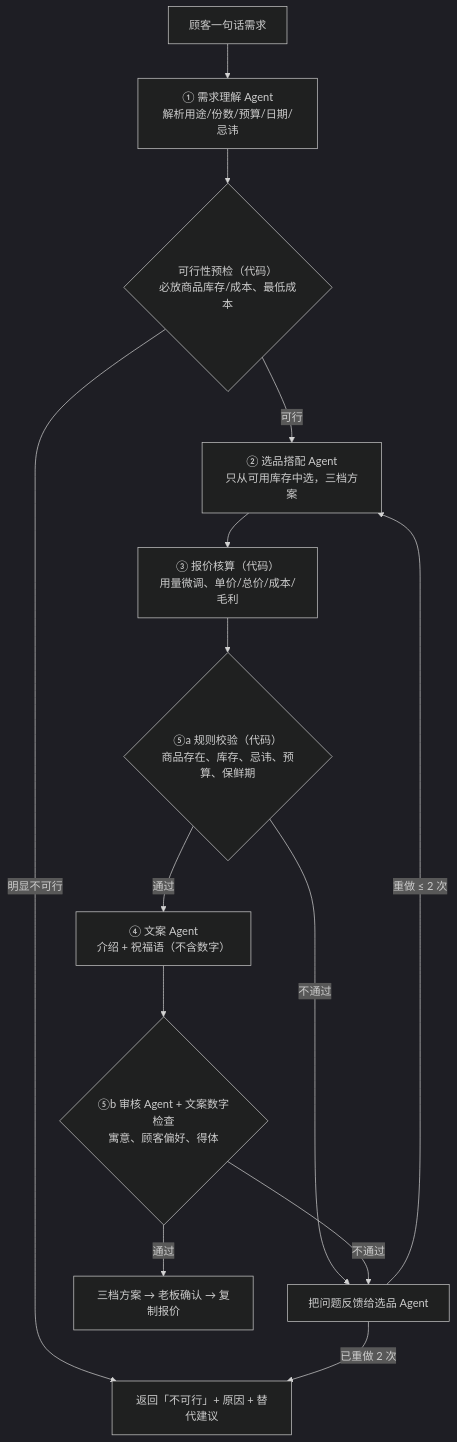
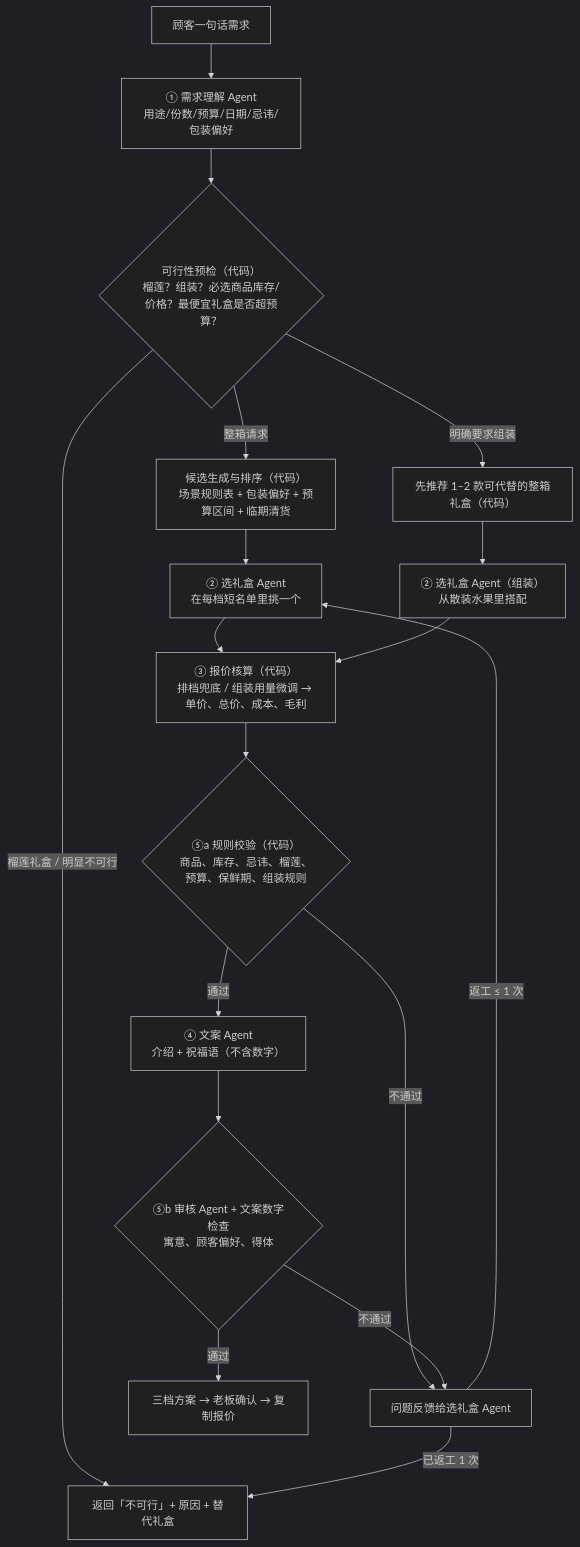
One commit to vianoo116/fruit-gift-quote changed the diagram in README.md. Above: the diagram before and after it, drawn with Mermaid (dark theme). The commit also changed other lines of this file and 23 other files, not shown here.

````diff
--- a/README.md
+++ b/README.md
@@ -33,16 +38,20 @@
 ```mermaid
 flowchart TD
-    A[顾客一句话需求] --> B["① 需求理解 Agent<br/>解析用途/份数/预算/日期/忌讳"]
-    B --> C{"可行性预检（代码）<br/>必放商品库存/成本、最低成本"}
-    C -- 明显不可行 --> X[返回「不可行」+ 原因 + 替代建议]
-    C -- 可行 --> D["② 选品搭配 Agent<br/>只从可用库存中选，三档方案"]
-    D --> E["③ 报价核算（代码）<br/>用量微调、单价/总价/成本/毛利"]
-    E --> F{"⑤a 规则校验（代码）<br/>商品存在、库存、忌讳、预算、保鲜期"}
-    F -- 不通过 --> R[把问题反馈给选品 Agent]
-    F -- 通过 --> G["④ 文案 Agent<br/>介绍 + 祝福语（不含数字）"]
-    G --> H{"⑤b 审核 Agent + 文案数字检查<br/>寓意、顾客偏好、得体"}
-    H -- 不通过 --> R
-    R -- 重做 ≤ 2 次 --> D
-    R -- 已重做 2 次 --> X
-    H -- 通过 --> I[三档方案 → 老板确认 → 复制报价]
+    A[顾客一句话需求] --> B["① 需求理解 Agent<br/>用途/份数/预算/日期/忌讳/包装偏好"]
+    B --> C{"可行性预检（代码）<br/>榴莲？组装？必选商品库存/价格？最便宜礼盒是否超预算？"}
+    C -- 榴莲礼盒 / 明显不可行 --> X[返回「不可行」+ 原因 + 替代礼盒]
+    C -- 整箱请求 --> D1["候选生成与排序（代码）<br/>场景规则表 + 包装偏好 + 预算区间 + 临期清货"]
+    C -- 明确要求组装 --> D2["先推荐 1–2 款可代替的整箱礼盒（代码）"]
+    D1 --> E1["② 选礼盒 Agent<br/>在每档短名单里挑一个"]
+    D2 --> E2["② 选礼盒 Agent（组装）<br/>从散装水果里搭配"]
+    E1 --> F["③ 报价核算（代码）<br/>排档兜底 / 组装用量微调 → 单价、总价、成本、毛利"]
+    E2 --> F
+    F --> G{"⑤a 规则校验（代码）<br/>商品、库存、忌讳、榴莲、预算、保鲜期、组装规则"}
+    G -- 不通过 --> R[问题反馈给选礼盒 Agent]
+    G -- 通过 --> H["④ 文案 Agent<br/>介绍 + 祝福语（不含数字）"]
+    H --> I{"⑤b 审核 Agent + 文案数字检查<br/>寓意、顾客偏好、得体"}
+    I -- 不通过 --> R
+    R -- 返工 ≤ 1 次 --> E1
+    R -- 已返工 1 次 --> X
+    I -- 通过 --> J[三档方案 → 老板确认 → 复制报价]
 ```
````
